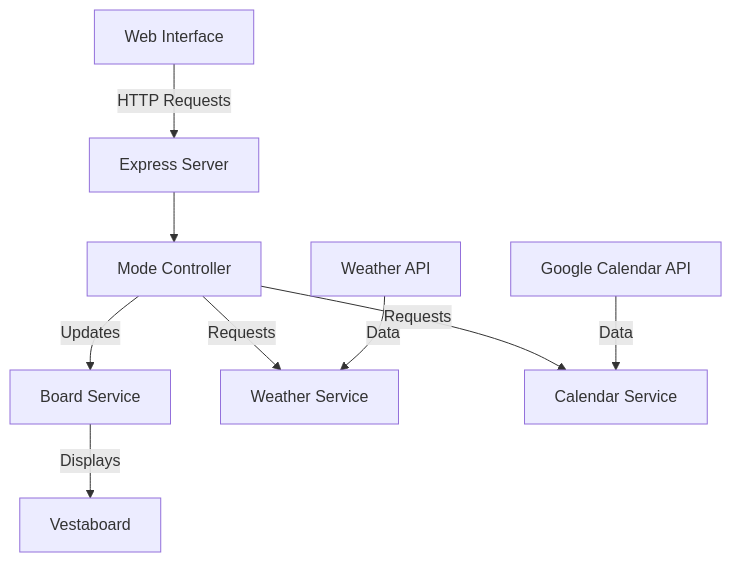
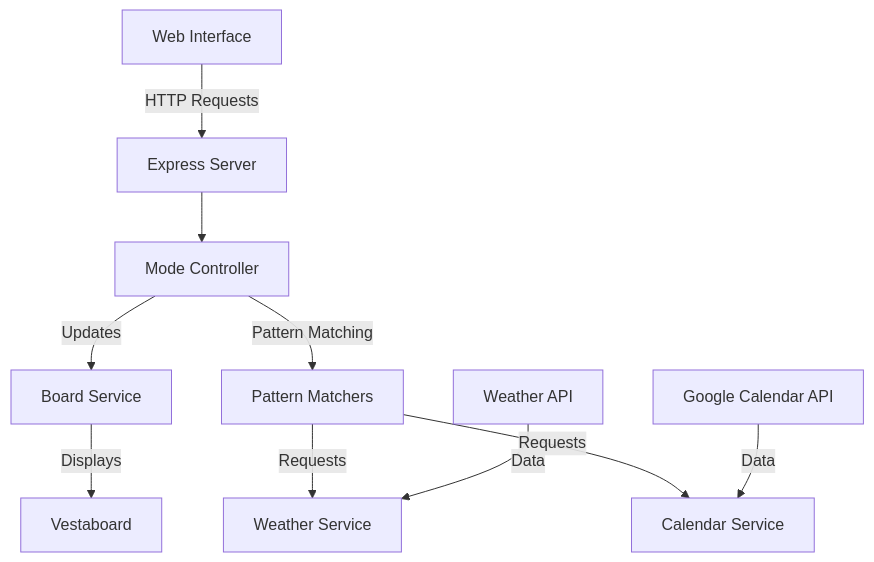
One commit to lokesh/vestaboard-server changed the diagram in README.md. Above: the diagram before and after it, drawn with Mermaid. The commit also changed other lines of this file, not shown here.

First line of the commit message:
docs: update README to enhance clarity on mode and pattern matcher systems

````diff
--- a/README.md
+++ b/README.md
@@ -9,13 +9,14 @@
 ```mermaid
 graph TD
     A[Web Interface] -->|HTTP Requests| B[Express Server]
     B --> C[Mode Controller]
     C -->|Updates| D[Board Service]
     D -->|Displays| E[Vestaboard]
     
-    C -->|Requests| F[Weather Service]
-    C -->|Requests| G[Calendar Service]
+    C -->|Pattern Matching| J[Pattern Matchers]
+    J -->|Requests| F[Weather Service]
+    J -->|Requests| G[Calendar Service]
     
     H[Google Calendar API] -->|Data| G
     I[Weather API] -->|Data| F
 ```
````
